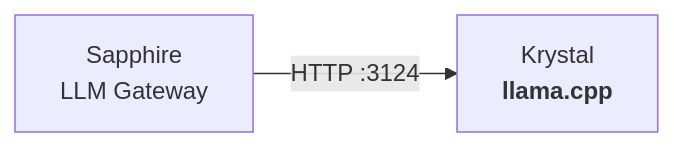
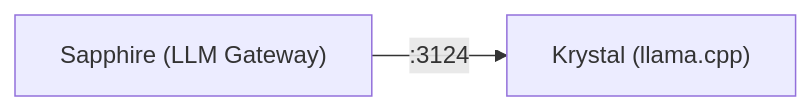
One commit to protocol-luna/krystal changed the diagram in README.md. Above: the diagram before and after it, drawn with Mermaid.

Commit message:
fix: replace graph+br with flowchart for Mermaid compat

````diff
--- a/README.md
+++ b/README.md
@@ -26,4 +26,4 @@
 ```mermaid
-graph LR
-    Sapphire["Sapphire<br/>LLM Gateway"] -- "HTTP :3124" --> Krystal["Krystal<br/><strong>llama.cpp</strong>"]
+flowchart LR
+    Sapphire["Sapphire (LLM Gateway)"] -- ":3124" --> Krystal["Krystal (llama.cpp)"]
 ```
````
